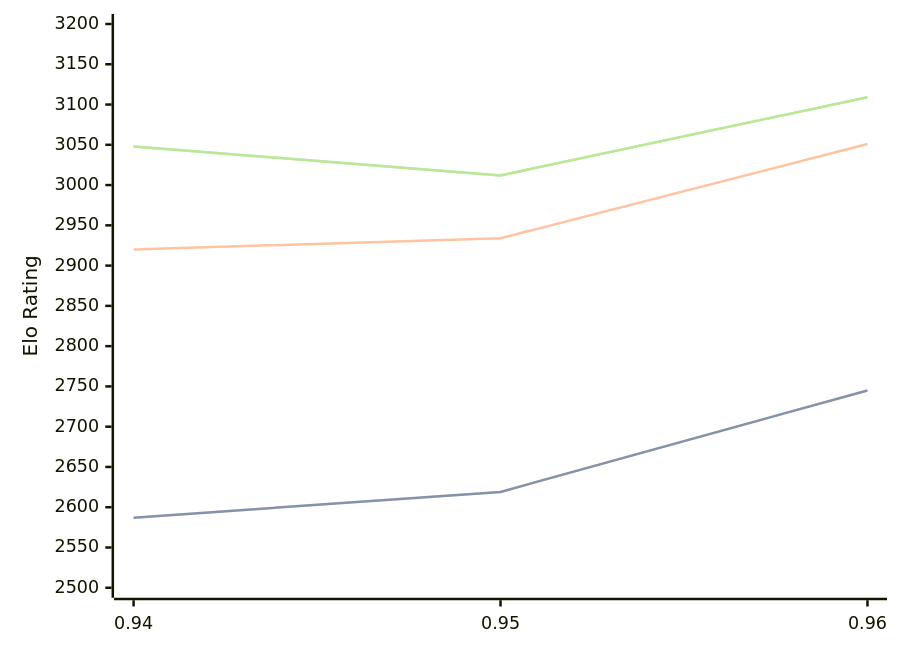
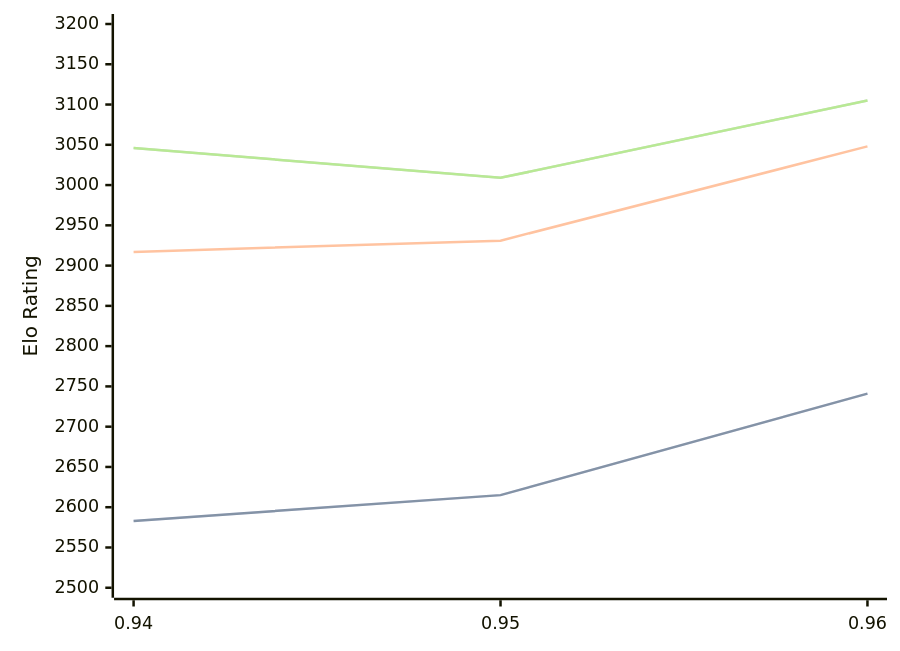
One commit to computer-chess-index/cci changed the diagram in engines/Myrddin.md. Above: the diagram before and after it, drawn with Mermaid. The commit also changed other lines of this file, not shown here.

Commit message:
Update CCI Ratings (ELO VLTC) - 2026-08-12

````diff
--- a/engines/Myrddin.md
+++ b/engines/Myrddin.md
@@ -33,11 +33,11 @@
 ```mermaid
 %%{init: {"theme":"base","themeVariables":{"seriesColors:['#a3a3a3','#222221','#faa371']}}}%%
 xychart-beta
   x-axis ["0.94", "0.95", "0.96"]
   y-axis "Elo Rating" 2500 --> 3200
-  line "STC (8.0+0.08s)" [2587, 2619, 2745]
-  line "STC (8.0+0.08s)" [2587, 2619, 2745]
-  line "LTC (60.0+0.60s)" [2920, 2934, 3051]
-  line "VLTC (2m24s+1.12s)" [3048, 3012, 3109]
-  line "VLTC (2m24s+1.12s)" [3048, 3012, 3109]
+  line "STC (8.0+0.08s)" [2583, 2615, 2741]
+  line "STC (8.0+0.08s)" [2583, 2615, 2741]
+  line "LTC (60.0+0.60s)" [2917, 2931, 3048]
+  line "VLTC (2m24s+1.12s)" [3046, 3009, 3105]
+  line "VLTC (2m24s+1.12s)" [3046, 3009, 3105]
 ```
````
